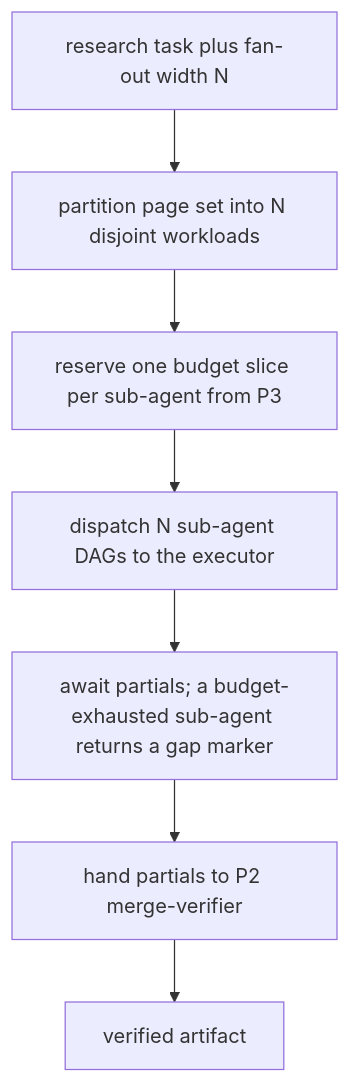
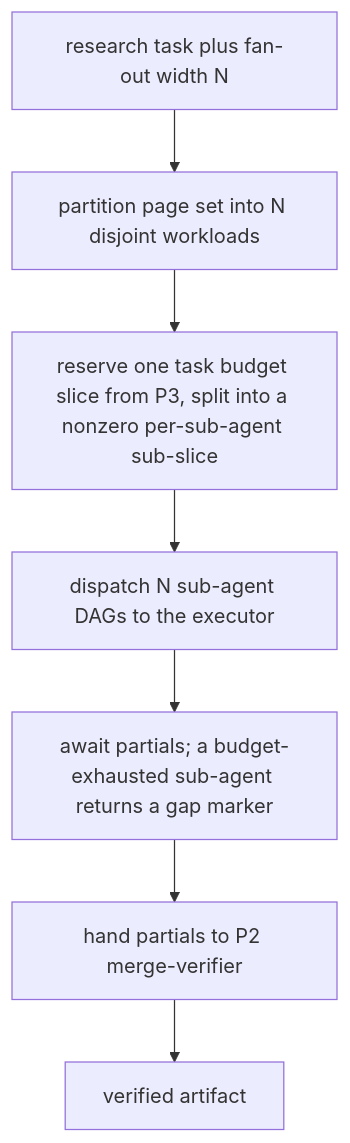
One commit to febufenn-cyber/drawing-office-v2 changed the second of 7 diagrams in designs/agent-orchestration-layer/LLD.md. Above: the diagram before and after it, drawn with Mermaid. The commit also changed other lines of this file and 6 other files, not shown here.

````diff
--- a/designs/agent-orchestration-layer/LLD.md
+++ b/designs/agent-orchestration-layer/LLD.md
@@ -66,9 +67,9 @@
 ```mermaid
 flowchart TB
     IN["research task plus fan-out width N"] --> PART["partition page set into N disjoint workloads"]
-    PART --> RES["reserve one budget slice per sub-agent from P3"]
+    PART --> RES["reserve one task budget slice from P3, split into a nonzero per-sub-agent sub-slice"]
     RES --> DISP["dispatch N sub-agent DAGs to the executor"]
     DISP --> WAIT["await partials; a budget-exhausted sub-agent returns a gap marker"]
     WAIT --> MV["hand partials to P2 merge-verifier"]
     MV --> OUT["verified artifact"]
 ```
````
